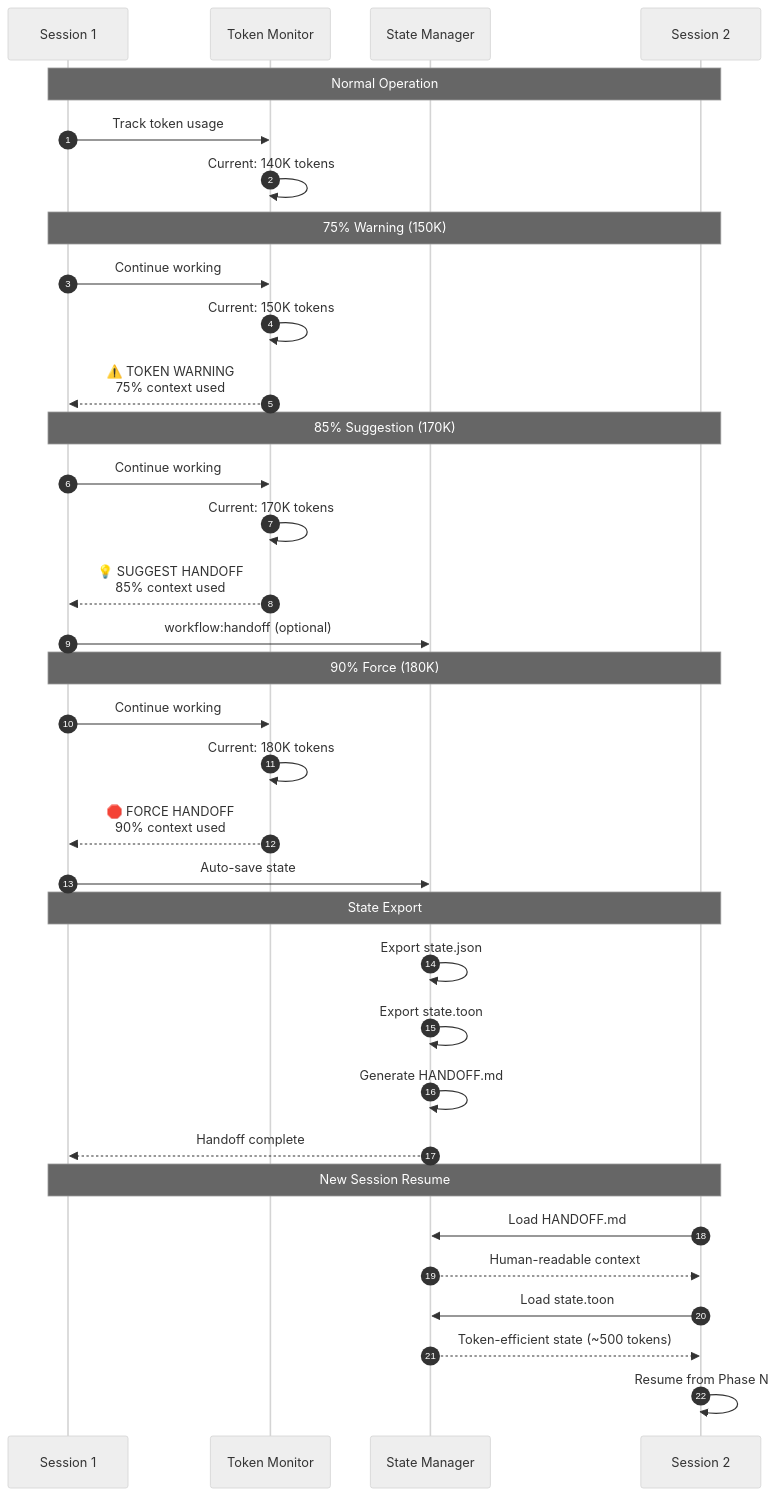
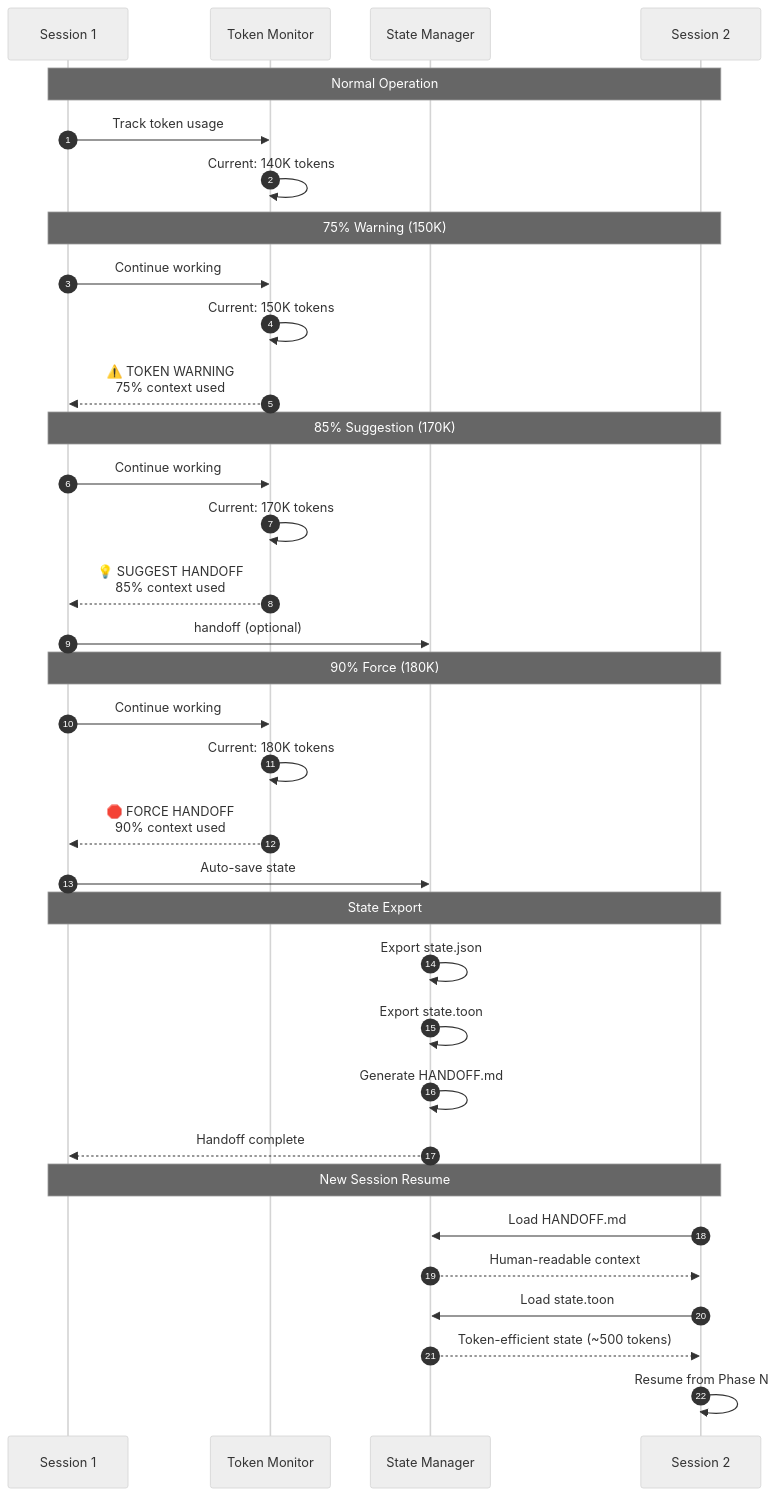
Diagram 11 of 20 in docs/architecture/WORKFLOW_DIAGRAMS.md (nguyenthienthanh/aura-frog), drawn with Mermaid (neutral theme) before and after one commit. The commit also changed other lines of this file and 14 other files, not shown here.

````diff
--- a/docs/architecture/WORKFLOW_DIAGRAMS.md
+++ b/docs/architecture/WORKFLOW_DIAGRAMS.md
@@ -486,42 +486,42 @@
 ```mermaid
 sequenceDiagram
     autonumber
     participant S1 as Session 1
     participant TM as Token Monitor
     participant SM as State Manager
     participant S2 as Session 2
 
     Note over S1,S2: Normal Operation
     S1->>TM: Track token usage
     TM->>TM: Current: 140K tokens
 
     Note over S1,S2: 75% Warning (150K)
     S1->>TM: Continue working
     TM->>TM: Current: 150K tokens
     TM-->>S1: ⚠️ TOKEN WARNING<br/>75% context used
 
     Note over S1,S2: 85% Suggestion (170K)
     S1->>TM: Continue working
     TM->>TM: Current: 170K tokens
     TM-->>S1: 💡 SUGGEST HANDOFF<br/>85% context used
-    S1->>SM: workflow:handoff (optional)
+    S1->>SM: handoff (optional)
 
     Note over S1,S2: 90% Force (180K)
     S1->>TM: Continue working
     TM->>TM: Current: 180K tokens
     TM-->>S1: 🛑 FORCE HANDOFF<br/>90% context used
     S1->>SM: Auto-save state
 
     Note over S1,S2: State Export
     SM->>SM: Export state.json
     SM->>SM: Export state.toon
     SM->>SM: Generate HANDOFF.md
     SM-->>S1: Handoff complete
 
     Note over S1,S2: New Session Resume
     S2->>SM: Load HANDOFF.md
     SM-->>S2: Human-readable context
     S2->>SM: Load state.toon
     SM-->>S2: Token-efficient state (~500 tokens)
     S2->>S2: Resume from Phase N
 ```
````
